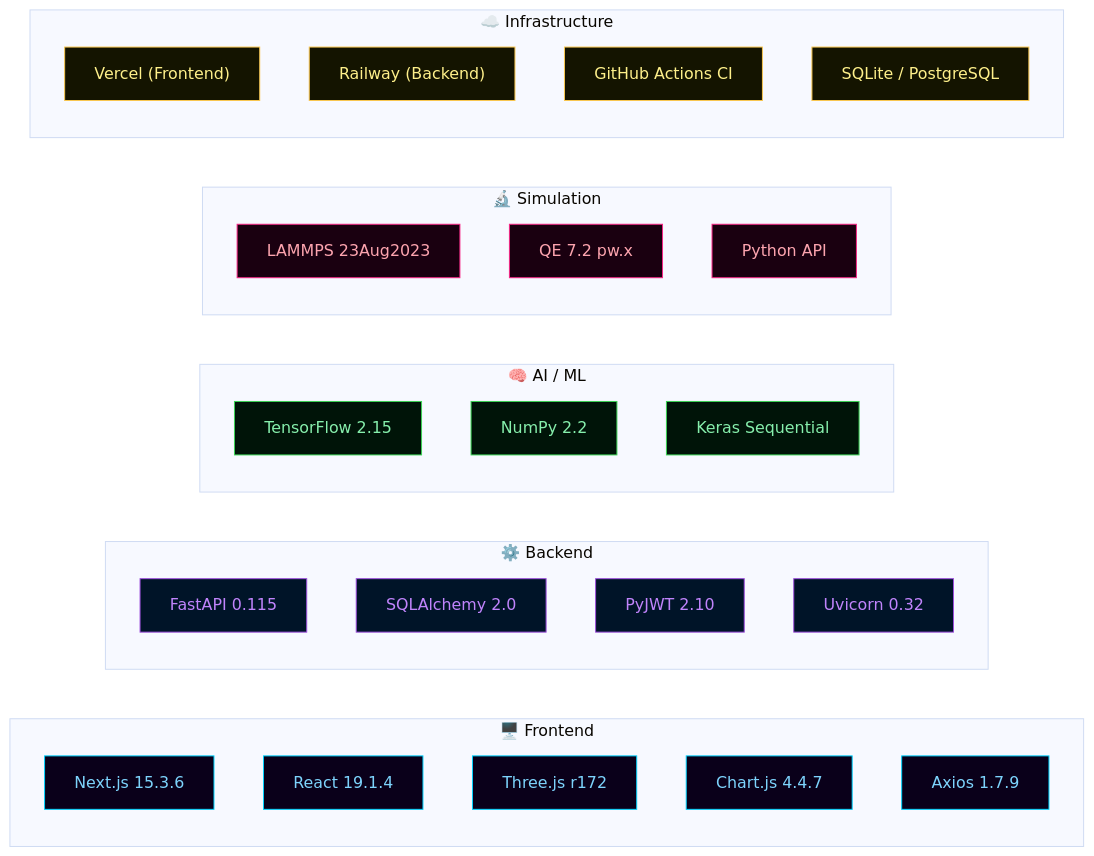
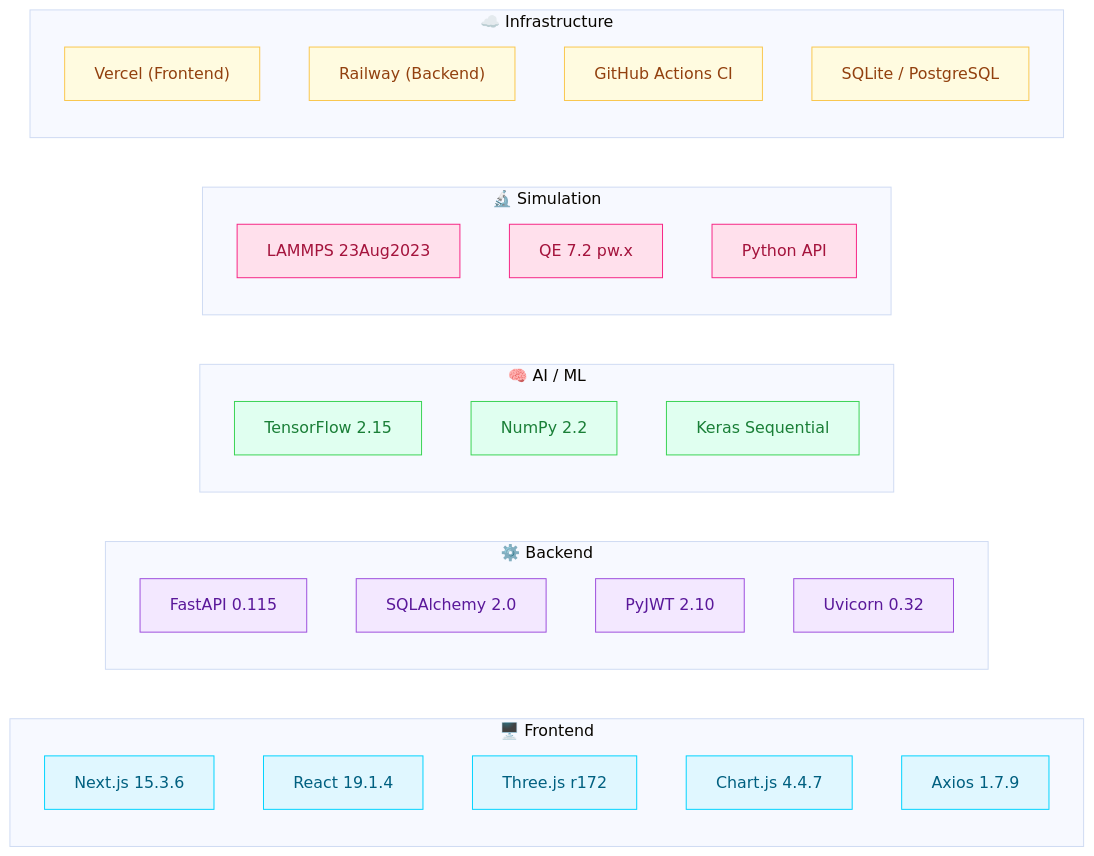
One commit to anshsharmacse/emotionalmaterials changed diagram 15 of 16 in README.md. Above: the diagram before and after it, drawn with Mermaid (base theme). The commit also changed other lines of this file, not shown here.

````diff
--- a/README.md
+++ b/README.md
@@ -631,42 +631,42 @@
 ```mermaid
 graph LR
-    classDef fe  fill:#0a001a,stroke:#00d4ff,color:#7dd3fc
-    classDef be  fill:#001428,stroke:#9d4edd,color:#c084fc
-    classDef ml  fill:#001408,stroke:#39d353,color:#86efac
-    classDef sim fill:#1a0010,stroke:#f72585,color:#fda4af
-    classDef inf fill:#141400,stroke:#f9c74f,color:#fef08a
+    classDef fe  fill:#e0f7ff,stroke:#00d4ff,color:#006080
+    classDef be  fill:#f3e8ff,stroke:#9d4edd,color:#5a189a
+    classDef ml  fill:#e0fff0,stroke:#39d353,color:#1a7f37
+    classDef sim fill:#ffe0ec,stroke:#f72585,color:#a4133c
+    classDef inf fill:#fffbe0,stroke:#f9c74f,color:#92400e
 
     subgraph FE["🖥️ Frontend"]
         N["Next.js 15.3.6"]:::fe
         R["React 19.1.4"]:::fe
         T["Three.js r172"]:::fe
         C["Chart.js 4.4.7"]:::fe
         A["Axios 1.7.9"]:::fe
     end
 
     subgraph BE["⚙️ Backend"]
         FA["FastAPI 0.115"]:::be
         SA["SQLAlchemy 2.0"]:::be
         JW["PyJWT 2.10"]:::be
         UV["Uvicorn 0.32"]:::be
     end
 
     subgraph ML["🧠 AI / ML"]
         TF["TensorFlow 2.15"]:::ml
         NP["NumPy 2.2"]:::ml
         KE["Keras Sequential"]:::ml
     end
 
     subgraph SIM["🔬 Simulation"]
         LM["LAMMPS 23Aug2023"]:::sim
         QEP["QE 7.2 pw.x"]:::sim
         PY["Python API"]:::sim
     end
 
     subgraph INF["☁️ Infrastructure"]
         VE["Vercel (Frontend)"]:::inf
         RA["Railway (Backend)"]:::inf
         GH["GitHub Actions CI"]:::inf
         SQ["SQLite / PostgreSQL"]:::inf
     end
 ```
````
